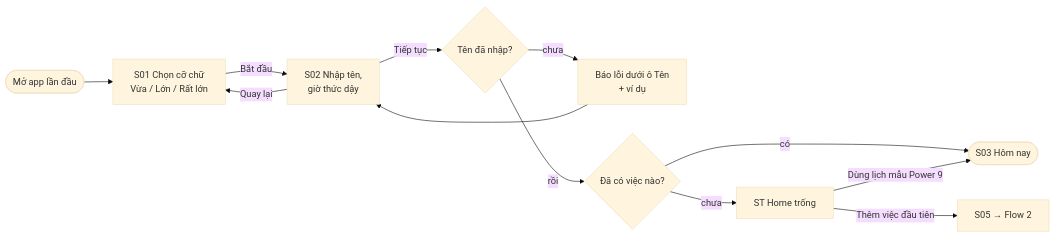
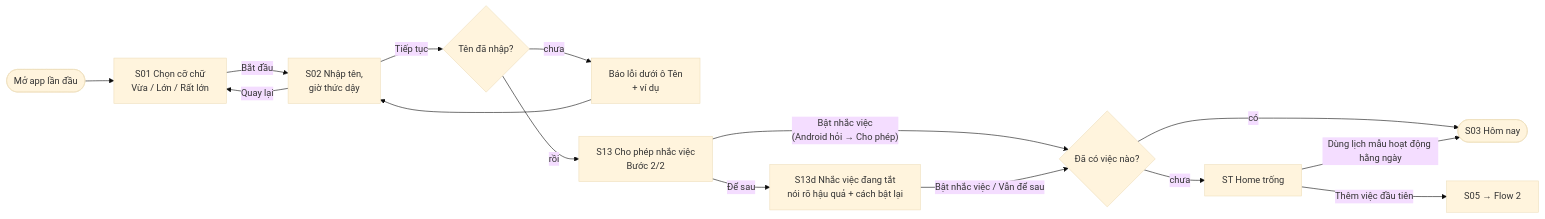
The second of 14 diagrams in ux/user-flow.md (PhucSanh/Lab2-prm), drawn with Mermaid (base theme) before and after one commit. The commit also changed other lines of this file and 249 other files, not shown here.

````diff
--- a/ux/user-flow.md
+++ b/ux/user-flow.md
@@ -41,13 +76,16 @@
 ```mermaid
 flowchart LR
     A(["Mở app lần đầu"]) --> S01["S01 Chọn cỡ chữ<br/>Vừa / Lớn / Rất lớn"]
     S01 -- "Bắt đầu" --> S02["S02 Nhập tên,<br/>giờ thức dậy"]
     S02 -- "Tiếp tục" --> C{"Tên đã nhập?"}
     C -- "chưa" --> E1["Báo lỗi dưới ô Tên<br/>+ ví dụ"] --> S02
-    C -- "rồi" --> D{"Đã có việc nào?"}
+    C -- "rồi" --> S13["S13 Cho phép nhắc việc<br/>Bước 2/2"]
+    S13 -- "Bật nhắc việc<br/>(Android hỏi → Cho phép)" --> D{"Đã có việc nào?"}
+    S13 -- "Để sau" --> OFF["S13d Nhắc việc đang tắt<br/>nói rõ hậu quả + cách bật lại"]
+    OFF -- "Bật nhắc việc / Vẫn để sau" --> D
     D -- "có" --> S03(["S03 Hôm nay"])
     D -- "chưa" --> EMPTY["ST Home trống"]
-    EMPTY -- "Dùng lịch mẫu Power 9" --> S03
+    EMPTY -- "Dùng lịch mẫu hoạt động hằng ngày" --> S03
     EMPTY -- "Thêm việc đầu tiên" --> S05["S05 → Flow 2"]
     S02 -- "Quay lại" --> S01
 ```
````
